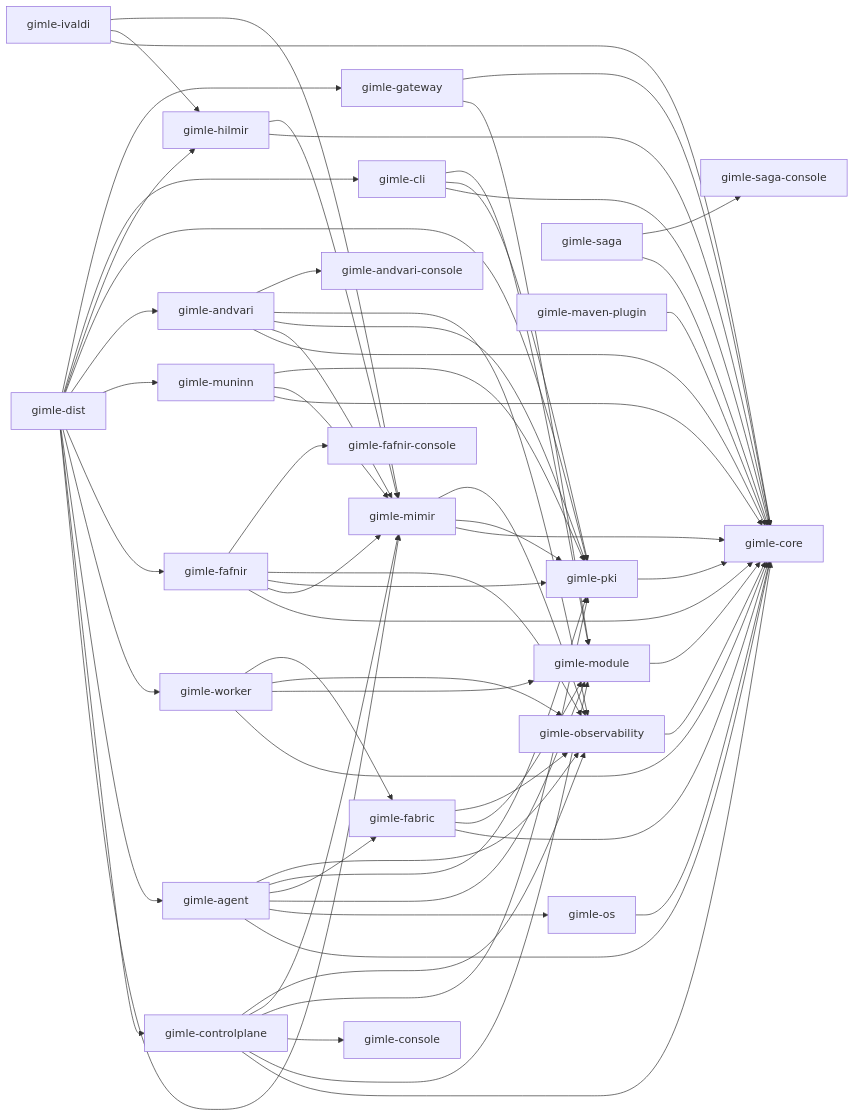
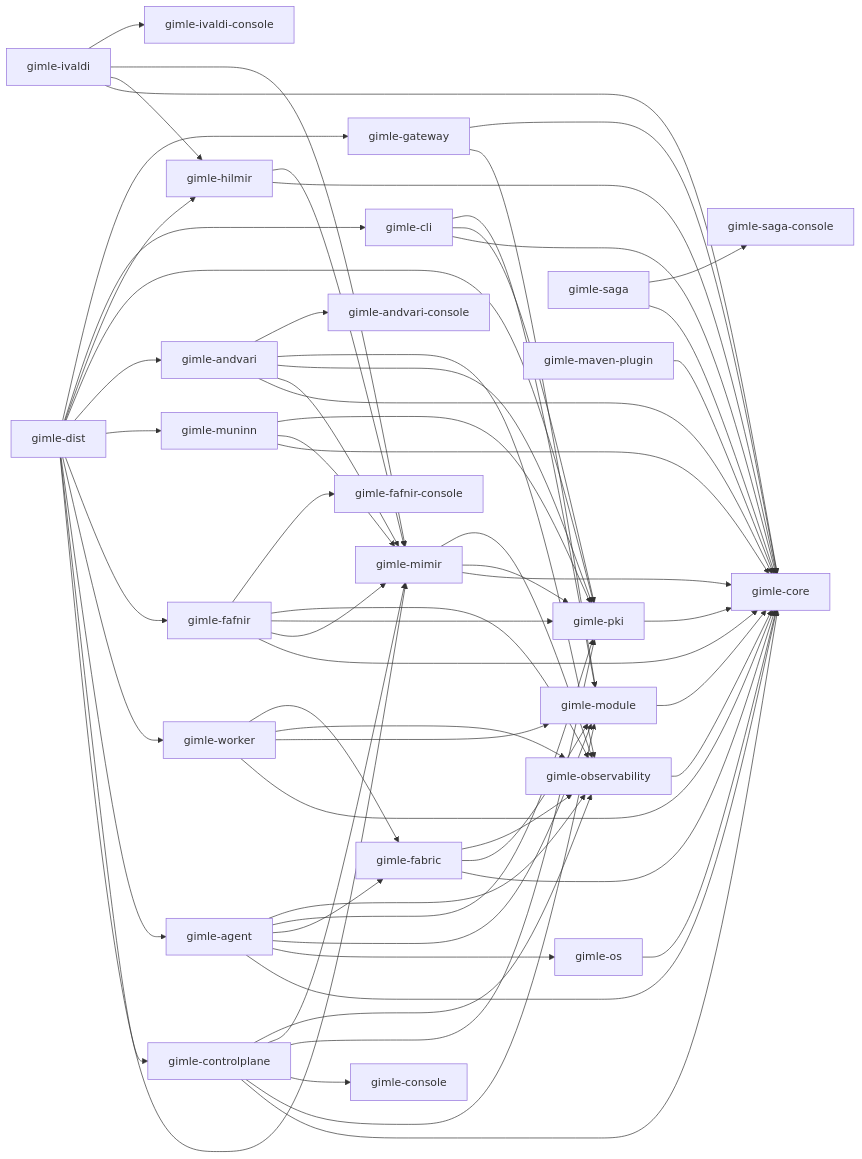
One commit to ghiloufibg/gimle changed the diagram in gimle-docs/docs/contributing/project-structure.md. Above: the diagram before and after it, drawn with Mermaid. The commit also changed other lines of this file and 8 other files, not shown here.

First line of the commit message:
docs: record gimle-ivaldi-console in the RTM and project structure

````diff
--- a/gimle-docs/docs/contributing/project-structure.md
+++ b/gimle-docs/docs/contributing/project-structure.md
@@ -19,67 +19,68 @@
 ```mermaid
 graph LR
     core[gimle-core]
     module[gimle-module] --> core
     os[gimle-os] --> core
     observability[gimle-observability] --> core
     fabric[gimle-fabric] --> core
     fabric --> module
     fabric --> observability
     gateway[gimle-gateway] --> module
     gateway --> core
     pki[gimle-pki] --> core
     worker[gimle-worker] --> core
     worker --> module
     worker --> observability
     worker --> fabric
     agent[gimle-agent] --> core
     agent --> os
     agent --> module
     agent --> fabric
     agent --> pki
     agent --> observability
     mimir[gimle-mimir] --> core
     mimir --> pki
     mimir --> observability
     fafnir[gimle-fafnir] --> core
     fafnir --> mimir
     fafnir --> pki
     fafnir --> observability
     fafnir --> fafnirconsole[gimle-fafnir-console]
     muninn[gimle-muninn] --> core
     muninn --> mimir
     muninn --> pki
     andvari[gimle-andvari] --> core
     andvari --> mimir
     andvari --> pki
     andvari --> observability
     andvari --> andvariconsole[gimle-andvari-console]
     controlplane[gimle-controlplane] --> core
     controlplane --> module
     controlplane --> console[gimle-console]
     controlplane --> pki
     controlplane --> mimir
     controlplane --> observability
     cli[gimle-cli] --> core
     cli --> pki
     cli --> module
     saga[gimle-saga] --> core
     saga --> sagaconsole[gimle-saga-console]
     hilmir[gimle-hilmir] --> core
     hilmir --> mimir
     ivaldi[gimle-ivaldi] --> core
     ivaldi --> hilmir
     ivaldi --> mimir
+    ivaldi --> ivaldiconsole[gimle-ivaldi-console]
     mavenplugin[gimle-maven-plugin] --> core
     dist[gimle-dist] --> mimir
     dist --> controlplane
     dist --> agent
     dist --> worker
     dist --> fafnir
     dist --> muninn
     dist --> andvari
     dist --> pki
     dist --> hilmir
     dist --> cli
     dist --> gateway
 ```
````
